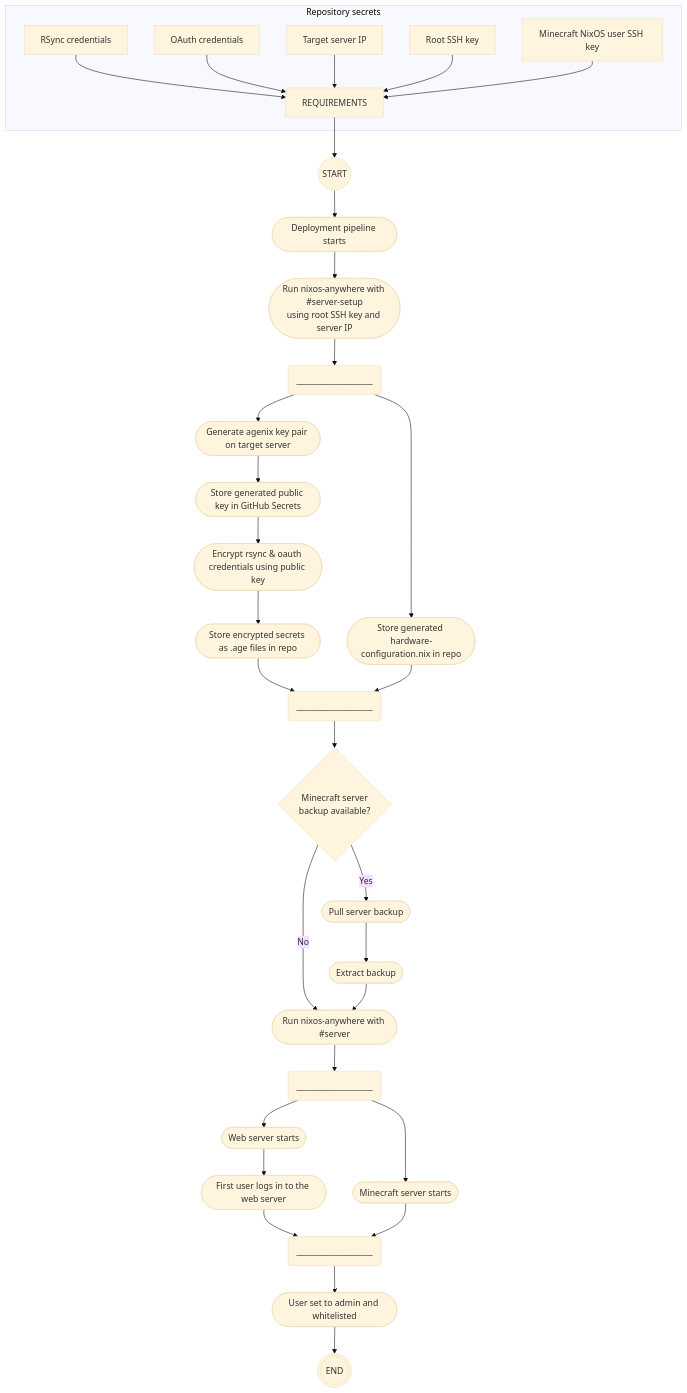
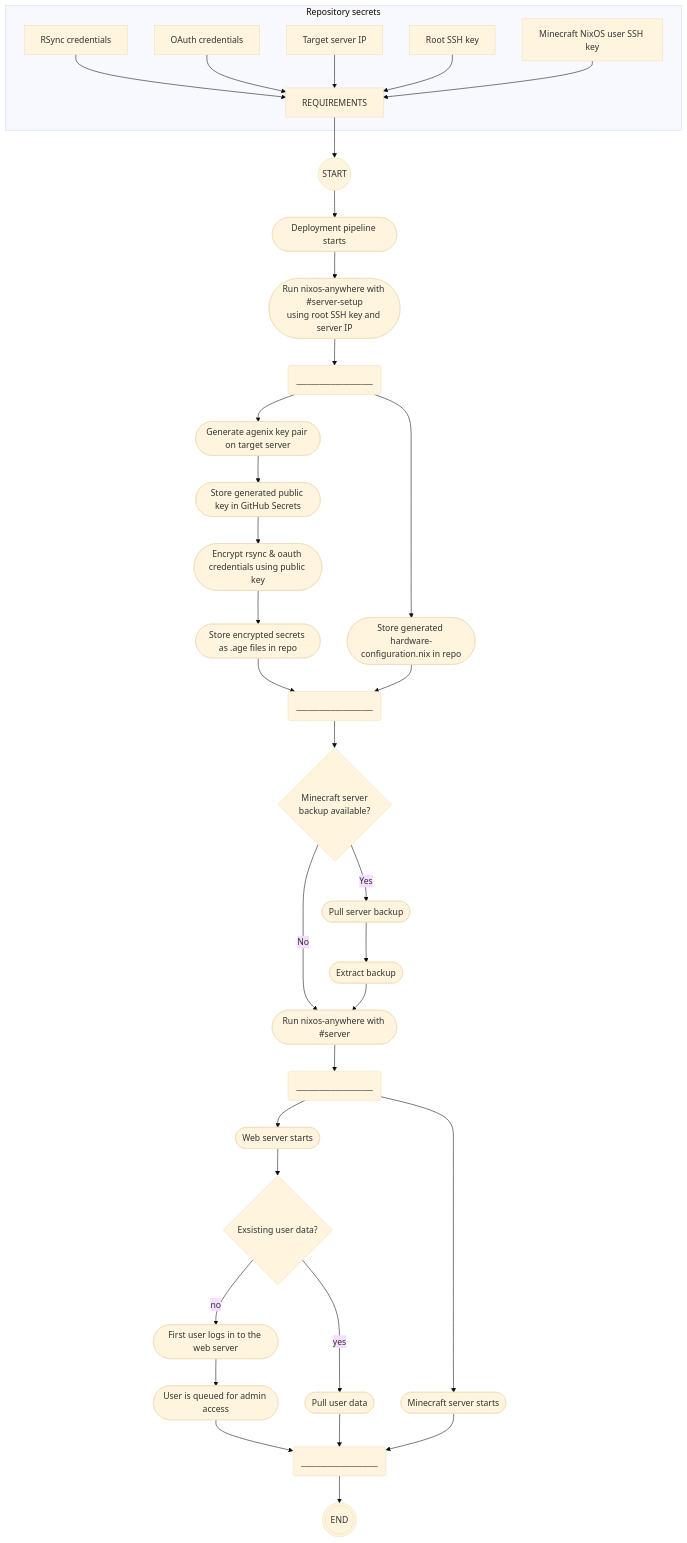
The diagram in docs/diagrams/activity_diagrams/deploy.md (MrProgrammerMan/ditio-mc-server), drawn with Mermaid (base theme) before and after one commit.

Commit message:
feat(diagram): update deployment pipeline diagram to reflect possible pre-existing data

````diff
--- a/docs/diagrams/activity_diagrams/deploy.md
+++ b/docs/diagrams/activity_diagrams/deploy.md
@@ -1,47 +1,48 @@
 ```mermaid
 flowchart TD
     subgraph Repository secrets
         1[RSync credentials] --> REQUIREMENTS
         2[OAuth credentials] --> REQUIREMENTS
         3[Target server IP] --> REQUIREMENTS
         4[Root SSH key] --> REQUIREMENTS
         5[Minecraft NixOS user SSH key] --> REQUIREMENTS
     end
 
     REQUIREMENTS --> START
 
     START((START)) --> A
     A([Deployment pipeline starts])
     A --> B([Run nixos-anywhere with #server-setup<br>using root SSH key and server IP])
 
     B --> P1(____________________)
 
     P1 --> C1([Generate agenix key pair on target server])
     P1 --> C2([Store generated hardware-configuration.nix in repo])
     C1 --> D([Store generated public key in GitHub Secrets])
     D --> E([Encrypt rsync & oauth credentials using public key])
     E --> F([Store encrypted secrets as .age files in repo])
 
     F --> P2(____________________)
     C2 --> P2
 
     P2 --> D1{Minecraft server<br>backup available?}
 
     D1 -- Yes --> G([Pull server backup])
     D1 -- No --> I
     G --> H([Extract backup])
     H --> I([Run nixos-anywhere with #server])
 
     I --> P3(____________________)
     
     P3 --> J1([Web server starts])
     P3 --> J2([Minecraft server starts])
-    J1 --> K([First user logs in to the web server])
-    K --> P4(____________________)
-    
+    J1 --> D2{Exsisting user data?}
+    D2 -- no --> K2([First user logs in to the web server])
+    D2 -- yes --> K1([Pull user data])
+    K2 --> L([User is queued for admin access])
+    L --> P4(____________________)
+    K1 --> P4
     J2 --> P4
 
-    P4 --> L([User set to admin and whitelisted])
-
-    L --> END(((END)))
+    P4 --> END(((END)))
 ```
````
